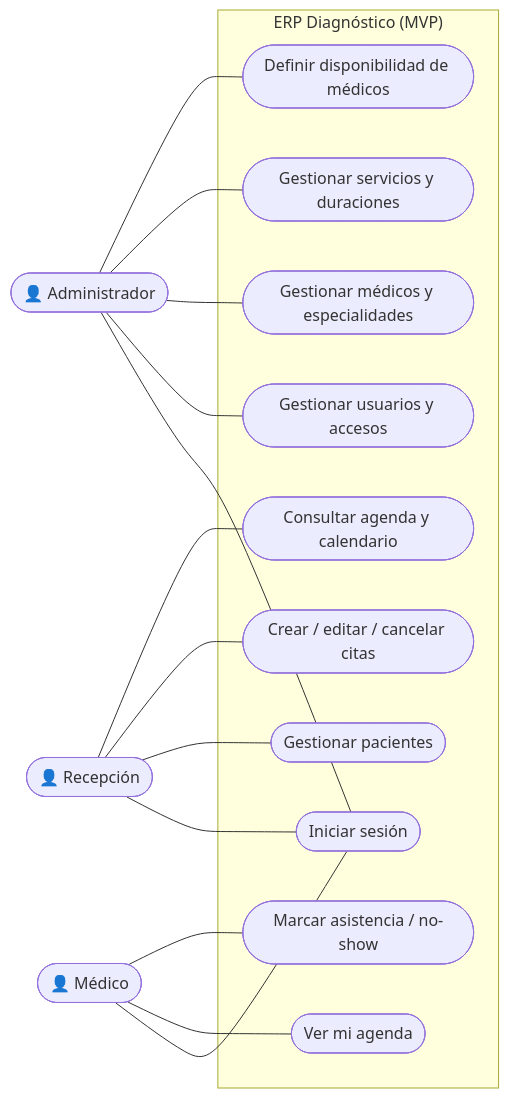
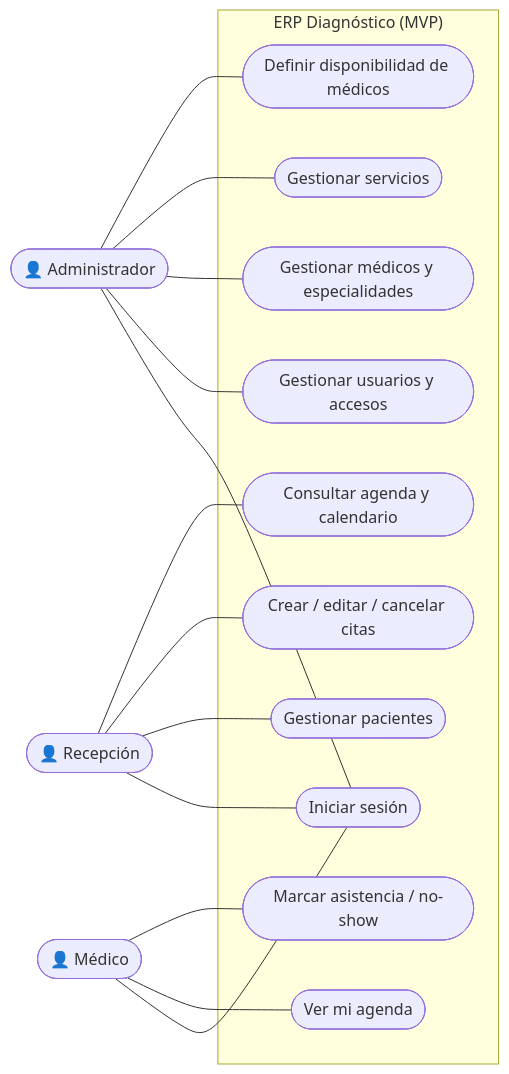
Before and after one commit to DhanaCorredor/diagnostico-backend: the diagram in docs/CASOS-DE-USO.md, drawn with Mermaid. The commit also changed 8 other files, not shown here.

````diff
--- a/docs/CASOS-DE-USO.md
+++ b/docs/CASOS-DE-USO.md
@@ -7,35 +7,35 @@
 ```mermaid
 flowchart LR
     admin(["👤 Administrador"])
     recep(["👤 Recepción"])
     medico(["👤 Médico"])
 
     subgraph SIS["ERP Diagnóstico (MVP)"]
         login(["Iniciar sesión"])
         uUsuarios(["Gestionar usuarios y accesos"])
         uMedicos(["Gestionar médicos y especialidades"])
-        uServicios(["Gestionar servicios y duraciones"])
+        uServicios(["Gestionar servicios"])
         uDisp(["Definir disponibilidad de médicos"])
         uPacientes(["Gestionar pacientes"])
         uCitas(["Crear / editar / cancelar citas"])
         uAgenda(["Consultar agenda y calendario"])
         uMiAgenda(["Ver mi agenda"])
         uAsistencia(["Marcar asistencia / no-show"])
     end
 
     admin --- login
     recep --- login
     medico --- login
 
     admin --- uUsuarios
     admin --- uMedicos
     admin --- uServicios
     admin --- uDisp
 
     recep --- uPacientes
     recep --- uCitas
     recep --- uAgenda
 
     medico --- uMiAgenda
     medico --- uAsistencia
 ```
````
